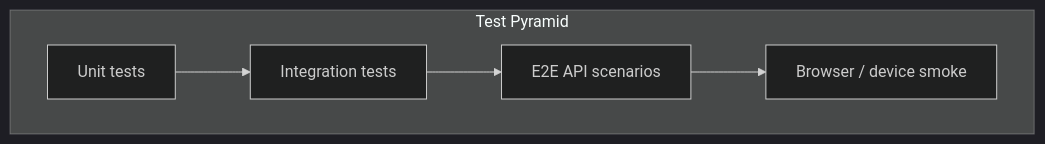
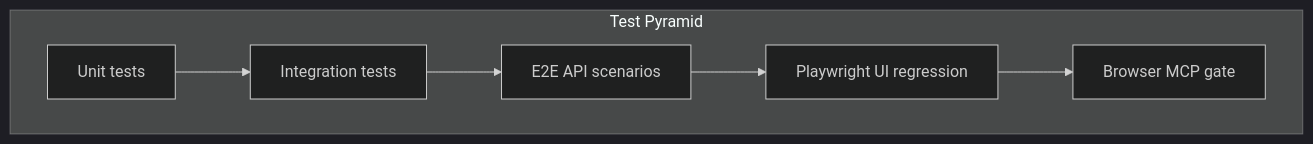
Before and after one commit to trannamtrung1st/ai-engineering-learning: the diagram in projects/ai-harnessed_we-check-app/docs/technical/11-testing-plan.md, drawn with Mermaid (dark theme). The commit also changed other lines of this file and 121 other files, not shown here.

````diff
--- a/projects/ai-harnessed_we-check-app/docs/technical/11-testing-plan.md
+++ b/projects/ai-harnessed_we-check-app/docs/technical/11-testing-plan.md
@@ -32,12 +33,14 @@
 ```mermaid
 flowchart TB
     subgraph pyramid [Test Pyramid]
         U[Unit tests]
         I[Integration tests]
         E[E2E API scenarios]
-        B[Browser / device smoke]
+        P[Playwright UI regression]
+        B[Browser MCP gate]
     end
     U --> I
     I --> E
-    E --> B
+    E --> P
+    P --> B
 ```
````
